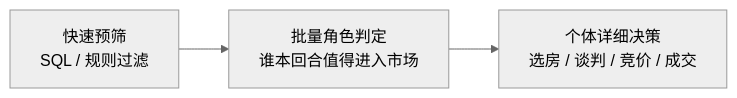
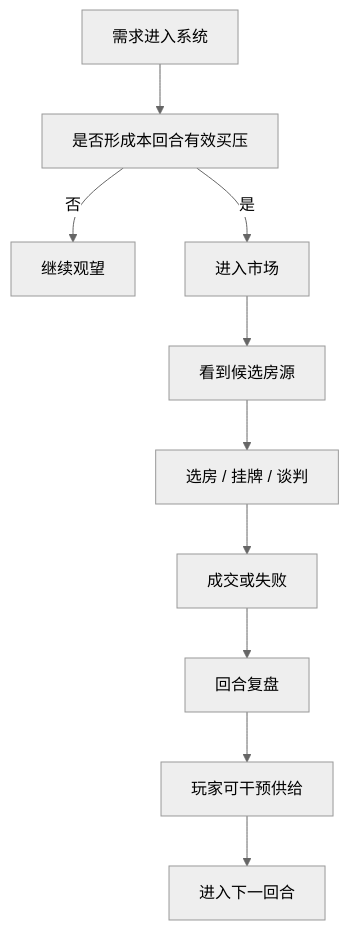
Before and after one commit to ladyya0306/AtlasMarketEngine: the second of 3 diagrams in README.md, drawn with Mermaid (neutral theme). The commit also changed other lines of this file and 168 other files, not shown here.

````diff
--- a/README.md
+++ b/README.md
@@ -98,4 +147,12 @@
 ```mermaid
-flowchart LR
-    A["快速预筛<br/>SQL / 规则过滤"] --> B["批量角色判定<br/>谁本回合值得进入市场"] --> C["个体详细决策<br/>选房 / 谈判 / 竞价 / 成交"]
+flowchart TD
+    A["需求进入系统"] --> B["是否形成本回合有效买压"]
+    B -->|否| C["继续观望"]
+    B -->|是| D["进入市场"]
+    D --> E["看到候选房源"]
+    E --> F["选房 / 挂牌 / 谈判"]
+    F --> G["成交或失败"]
+    G --> H["回合复盘"]
+    H --> I["玩家可干预供给"]
+    I --> J["进入下一回合"]
 ```
````
